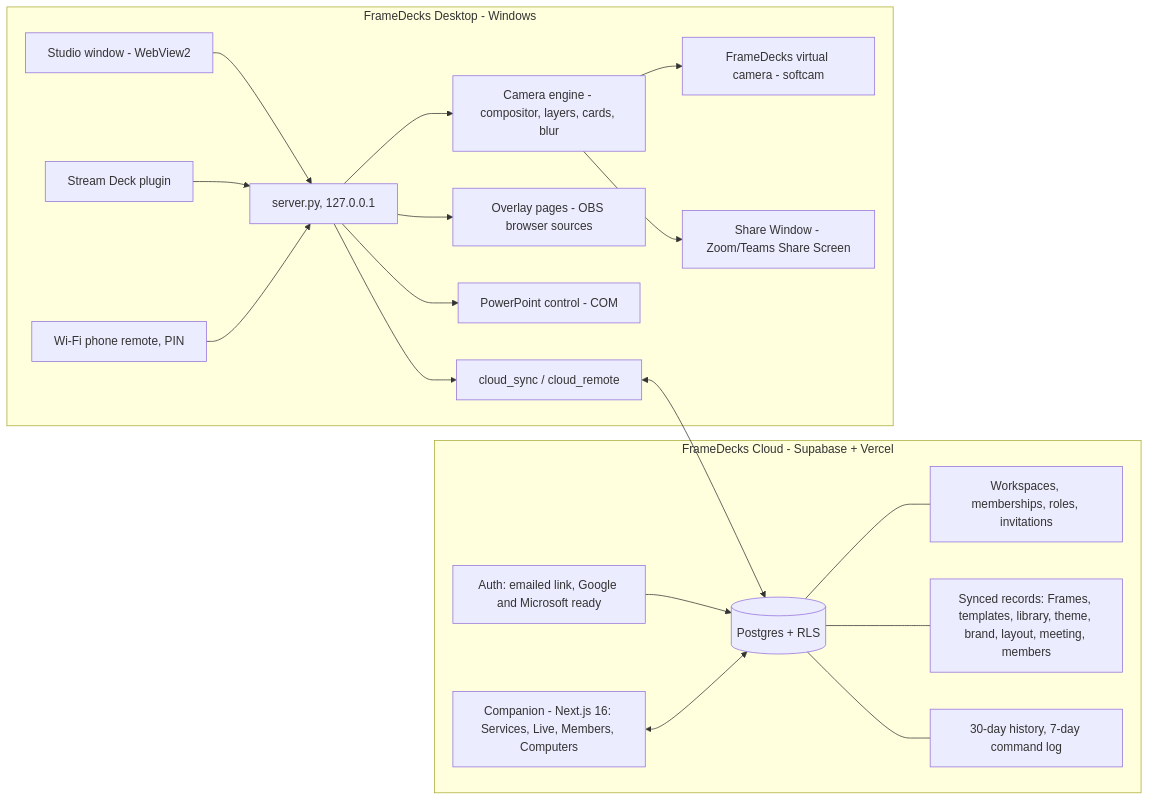
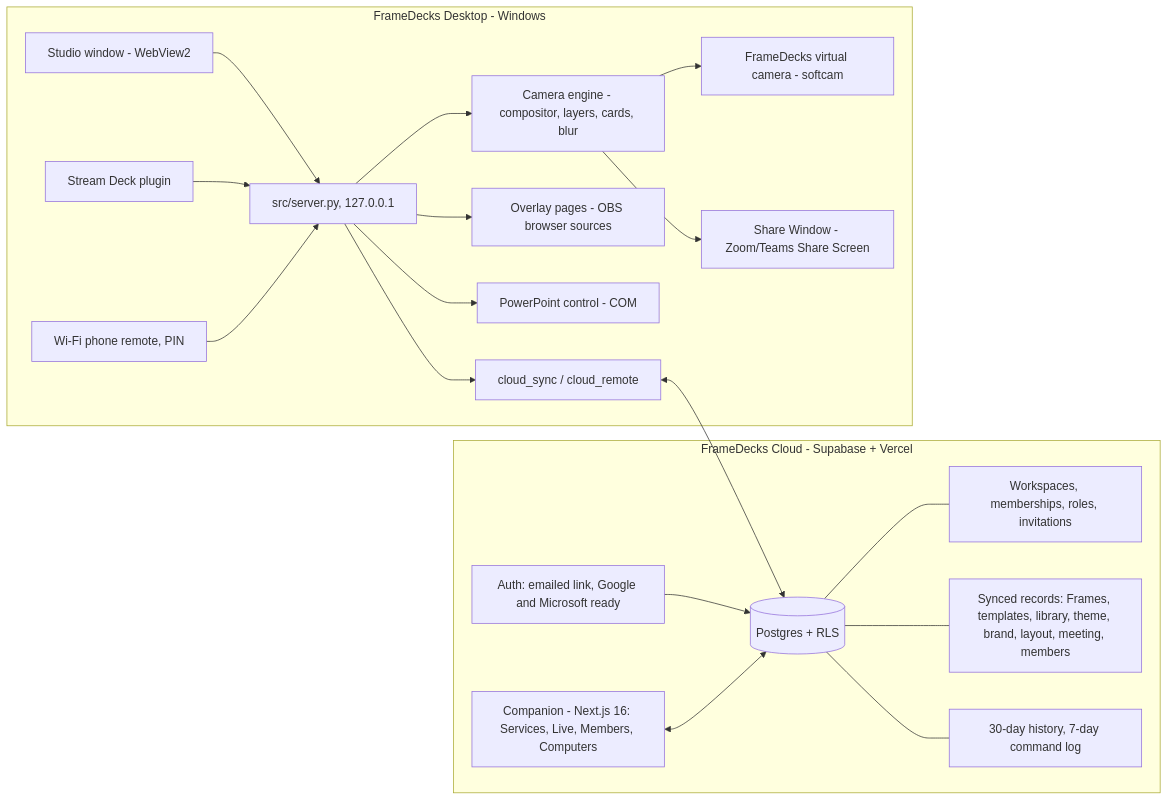
Before and after one commit to mshobin/FrameDecks: the diagram in docs/architecture-review.md, drawn with Mermaid. The commit also changed other lines of this file and 109 other files, not shown here.

First line of the commit message:
Reorganize root: Python modules to src/, community docs to .github/, licences to legal/, changelog and roadmap to docs/, ruff config to config/

````diff
--- a/docs/architecture-review.md
+++ b/docs/architecture-review.md
@@ -20,23 +20,23 @@
 ```mermaid
 flowchart LR
   subgraph Cloud [FrameDecks Cloud - Supabase + Vercel]
     A[Auth: emailed link, Google and Microsoft ready] --> DB[(Postgres + RLS)]
     DB --- W[Workspaces, memberships, roles, invitations]
     DB --- E[Synced records: Frames, templates, library, theme, brand, layout, meeting, members]
     DB --- H[30-day history, 7-day command log]
     C[Companion - Next.js 16: Services, Live, Members, Computers]
   end
   subgraph PC [FrameDecks Desktop - Windows]
-    UI[Studio window - WebView2] --> S[server.py, 127.0.0.1]
+    UI[Studio window - WebView2] --> S[src/server.py, 127.0.0.1]
     S --> V[Camera engine - compositor, layers, cards, blur]
     V --> VC[FrameDecks virtual camera - softcam]
     V --> PW[Share Window - Zoom/Teams Share Screen]
     S --> OV[Overlay pages - OBS browser sources]
     S --> PP[PowerPoint control - COM]
     S --> CS[cloud_sync / cloud_remote]
     SD[Stream Deck plugin] --> S
     LAN[Wi-Fi phone remote, PIN] --> S
   end
   CS <--> DB
   C <--> DB
 ```
````
